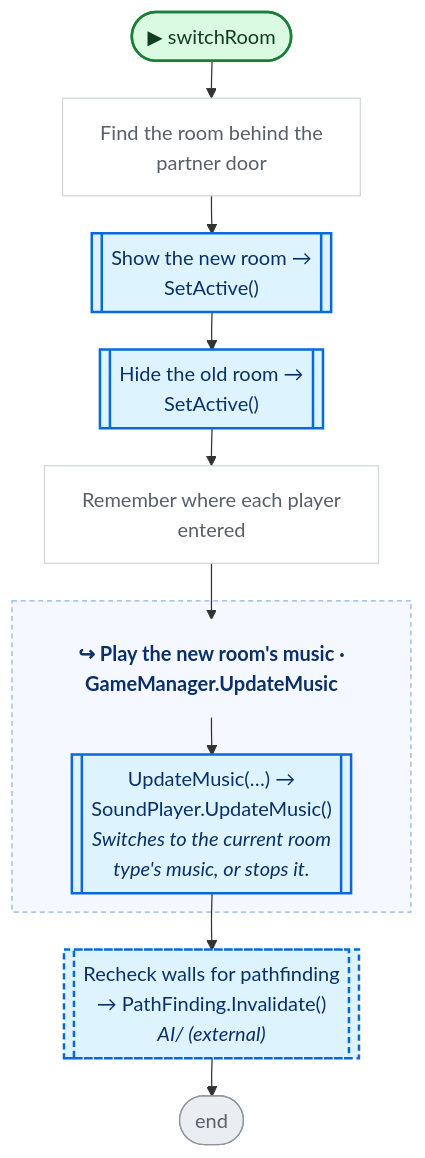
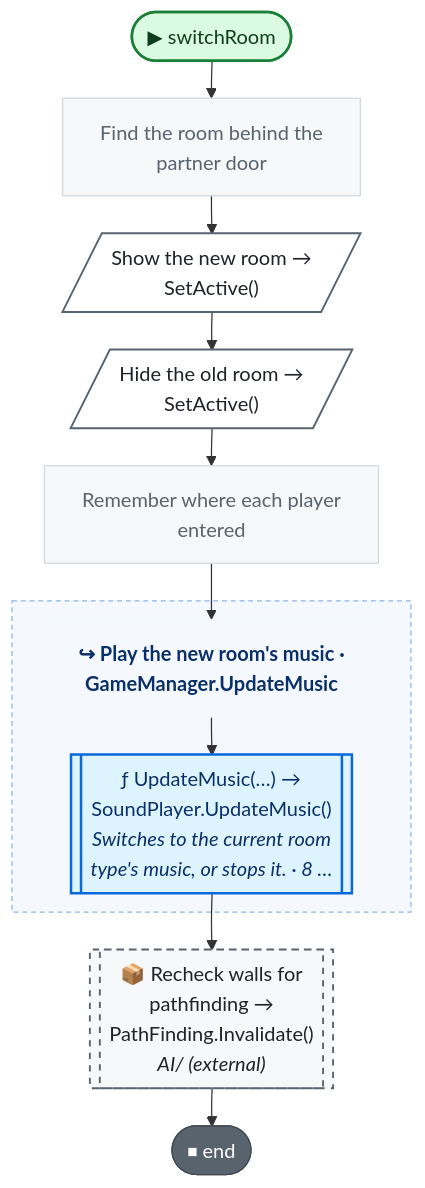
Before and after one commit to nataiai/Lord-of-the-Dungeon: the fourth of 5 diagrams in CodeGraph~/graph/Map/DungeonMap.cs.md, drawn with Mermaid. The commit also changed other lines of this file and 57 other files, not shown here.

````diff
--- a/CodeGraph~/graph/Map/DungeonMap.cs.md
+++ b/CodeGraph~/graph/Map/DungeonMap.cs.md
@@ -174,52 +176,53 @@
 ```mermaid
 ---
 config:
   flowchart:
     wrappingWidth: 260
     nodeSpacing: 26
     rankSpacing: 30
 ---
 flowchart TD
   nS(["▶ switchRoom"])
   n345bc3["Find the room behind the<br>partner door"]
-  n172da7[["Show the new room →<br>SetActive()"]]
-  ne51c6e[["Hide the old room →<br>SetActive()"]]
+  n172da7[/"Show the new room →<br>SetActive()"/]
+  ne51c6e[/"Hide the old room →<br>SetActive()"/]
   n6a49c0["Remember where each player<br>entered"]
   ncc9f0f_h["↪ Play the new room's music ·<br>GameManager.UpdateMusic"]
-  ncc9f0f_nad1827[["UpdateMusic(…) →<br>SoundPlayer.UpdateMusic()<br><i>Switches to the current room</i><br><i>type's music, or stops it.</i>"]]
-  nd2f86b[["Recheck walls for pathfinding<br>→ PathFinding.Invalidate()<br><i>AI/ (external)</i>"]]
-  nE(["end"])
+  ncc9f0f_nad1827[["ƒ UpdateMusic(…) →<br>SoundPlayer.UpdateMusic()<br><i>Switches to the current room</i><br><i>type's music, or stops it. · 8 …</i>"]]
+  nd2f86b[["📦 Recheck walls for<br>pathfinding →<br>PathFinding.Invalidate()<br><i>AI/ (external)</i>"]]
+  nE(["⏹ end"])
   subgraph ncc9f0f_g[" "]
     ncc9f0f_h
     ncc9f0f_nad1827
   end
   style ncc9f0f_g fill:#f5f9ff,stroke:#8cb4e8,stroke-dasharray:4 3,color:#0a3069
   nS --> n345bc3
   n345bc3 --> n172da7
   n172da7 --> ne51c6e
   ne51c6e --> n6a49c0
   n6a49c0 --> ncc9f0f_h
   nd2f86b --> nE
   ncc9f0f_h --> ncc9f0f_nad1827
   ncc9f0f_nad1827 --> nd2f86b
   classDef unity fill:#dafbe1,stroke:#1a7f37,stroke-width:2px,color:#0f3d1d
   classDef start fill:#dafbe1,stroke:#1a7f37,stroke-width:2px,color:#0f3d1d
-  classDef calc fill:#ffffff,stroke:#d0d7de,color:#57606a
+  classDef calc fill:#f6f8fa,stroke:#d1d9e0,color:#59636e
   classDef calls fill:#ddf4ff,stroke:#0969da,stroke-width:2px,color:#0a3069
-  classDef ext fill:#ddf4ff,stroke:#0969da,stroke-width:2px,stroke-dasharray:5 3,color:#0a3069
-  classDef cond fill:#fff8c5,stroke:#bf8700,stroke-width:1.5px,color:#3d2a00
-  classDef loop fill:#f6f8fa,stroke:#57606a,color:#1f2328
-  classDef exit fill:#ffebe9,stroke:#cf222e,color:#82071e
+  classDef ext fill:#f6f8fa,stroke:#59636e,stroke-width:1.5px,stroke-dasharray:5 5,color:#1f2328
+  classDef cond fill:#fff8c5,stroke:#9a6700,stroke-width:1.5px,color:#3d2a00
+  classDef loop fill:#fff8c5,stroke:#9a6700,color:#3d2a00
+  classDef wait fill:#fff8c5,stroke:#9a6700,color:#3d2a00
+  classDef exit fill:#59636e,stroke:#424a53,color:#ffffff
+  classDef fin fill:#59636e,stroke:#424a53,color:#ffffff
+  classDef act fill:#ffffff,stroke:#59636e,stroke-width:1.5px,color:#1f2328
   classDef kill fill:#ffebe9,stroke:#cf222e,stroke-width:2px,color:#82071e
-  classDef spawn fill:#dafbe1,stroke:#1a7f37,stroke-width:2px,color:#0f3d1d
-  classDef wait fill:#fff1e5,stroke:#bc4c00,color:#4d1d00
-  classDef fin fill:#eaeef2,stroke:#8c959f,color:#57606a
   classDef join fill:#d0d7de,stroke:#8c959f,color:#57606a
   classDef ghdr fill:#f5f9ff,stroke:#f5f9ff,color:#0a3069,font-weight:bold
+  class n172da7,ne51c6e act
   class n345bc3,n6a49c0 calc
-  class n172da7,ne51c6e,ncc9f0f_nad1827 calls
+  class ncc9f0f_nad1827 calls
   class nd2f86b ext
   class nE fin
   class ncc9f0f_h ghdr
   class nS start
 ```
````
